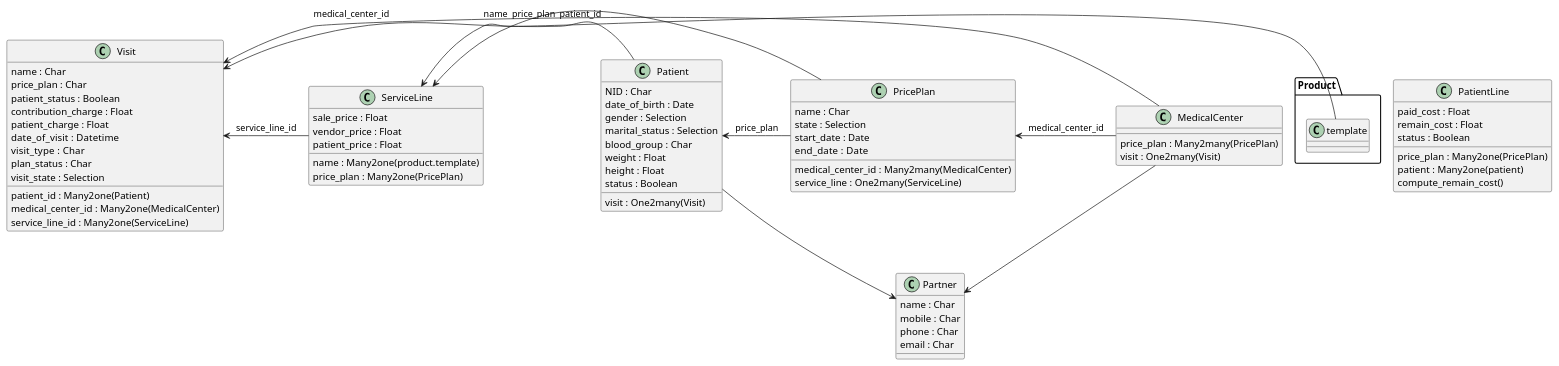
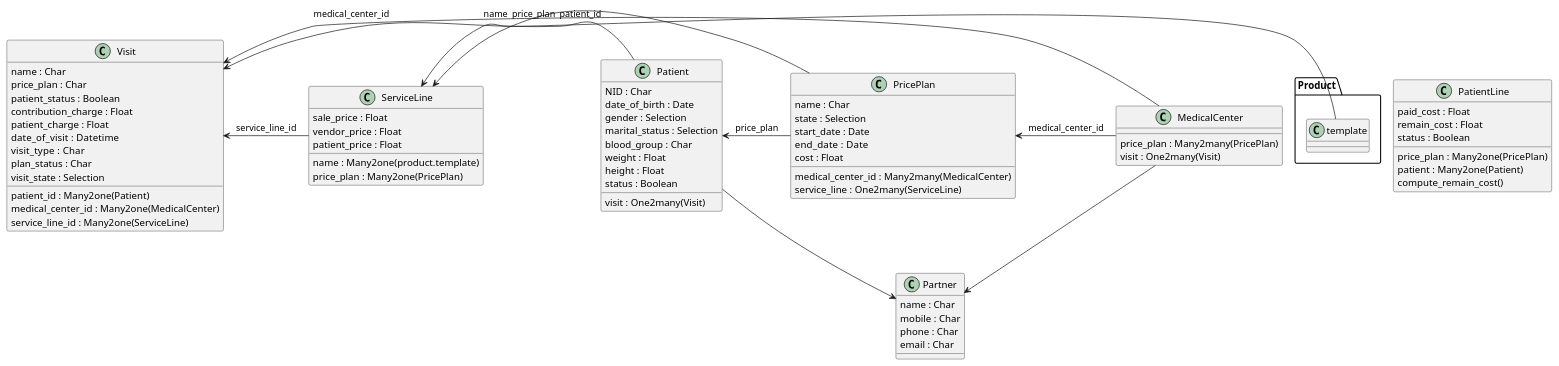
The diagram in medical_insurance/claims.puml (kholioeg/oeh_claim_management), drawn with PlantUML before and after one commit.

Commit message:
Solve conflict

```diff
--- a/medical_insurance/claims.puml
+++ b/medical_insurance/claims.puml
@@ -1,88 +1,89 @@
 @startuml
 
 Visit <- Patient : patient_id
 Visit <- MedicalCenter : medical_center_id
 Visit <- ServiceLine : service_line_id
 
 ServiceLine <- PricePlan : price_plan
 ServiceLine <- Product.template : name
 
 
 PricePlan <- MedicalCenter : medical_center_id
 
 Patient <- PricePlan : price_plan
 
 MedicalCenter --> Partner
 Patient --> Partner
 
 Class Partner{
     name : Char
     mobile : Char
     phone : Char
     email : Char
 }
 
 Class MedicalCenter{
     price_plan : Many2many(PricePlan)
     visit : One2many(Visit)
 }
 
 Class ServiceLine
 {
     name : Many2one(product.template)
     sale_price : Float
     vendor_price : Float
     patient_price : Float
     price_plan : Many2one(PricePlan)
 }
 
 
-Class Visit{
-
-    name : Char
-    price_plan : Char
-    patient_status : Boolean
-    contribution_charge : Float
-    patient_charge : Float
-    date_of_visit :  Datetime
-    visit_type :  Char
-    plan_status : Char
-    visit_state : Selection
-    patient_id : Many2one(Patient)
-    medical_center_id : Many2one(MedicalCenter)
-    service_line_id : Many2one(ServiceLine)
-}
 Class PricePlan{
     name : Char
     state : Selection
     start_date : Date
     end_date :  Date
     medical_center_id : Many2many(MedicalCenter)
     service_line : One2many(ServiceLine)
+    cost : Float
 }
 
 Class Patient{
     NID : Char
     date_of_birth : Date
     gender : Selection
     marital_status : Selection
     blood_group : Char
     weight : Float
     height : Float
     status : Boolean
     visit : One2many(Visit)
 
 }
 
 Class PatientLine{
     price_plan : Many2one(PricePlan)
-    patient : Many2one(patient)
+    patient : Many2one(Patient)
     paid_cost : Float
     remain_cost : Float
     compute_remain_cost()
     status : Boolean
 }
 
 
+Class Visit{
+
+    name : Char
+    price_plan : Char
+    patient_status : Boolean
+    contribution_charge : Float
+    patient_charge : Float
+    date_of_visit :  Datetime
+    visit_type :  Char
+    plan_status : Char
+    visit_state : Selection
+    patient_id : Many2one(Patient)
+    medical_center_id : Many2one(MedicalCenter)
+    service_line_id : Many2one(ServiceLine)
+}
 
 @enduml
```
